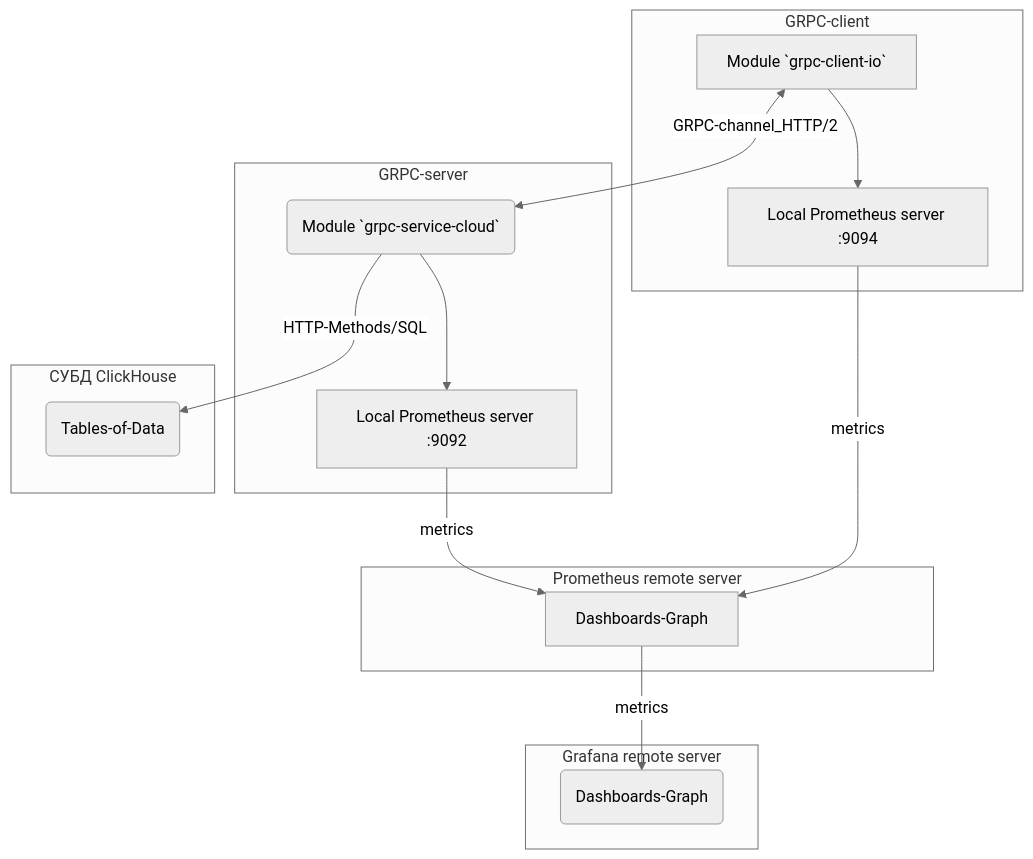
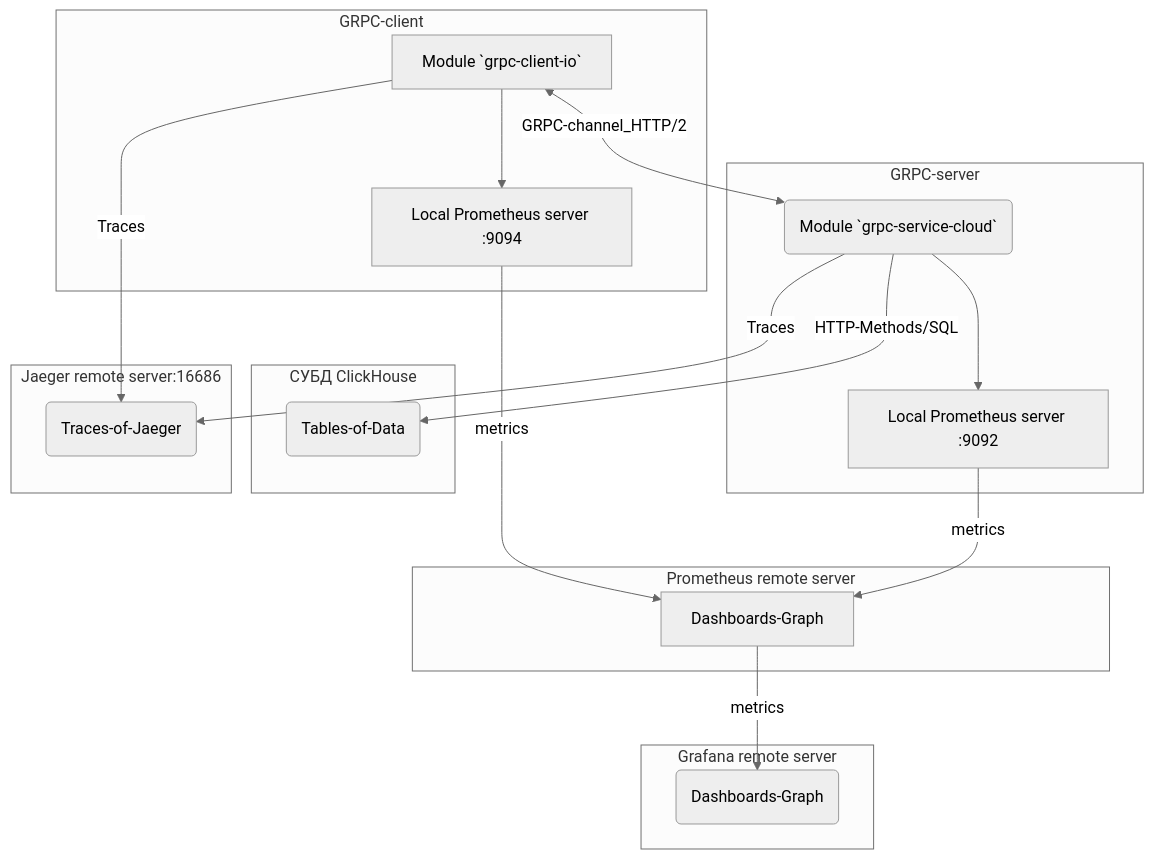
The diagram in README.md (blablatov/scada-bidirectional-grpc-cloud), drawn with Mermaid (neutral theme) before and after one commit. The commit also changed other lines of this file and 7 other files, not shown here.

Commit message:
bidistreaming-grpc clickhouse metrics-traces

````diff
--- a/README.md
+++ b/README.md
@@ -98,28 +126,34 @@
 ```mermaid
 graph TB
 
   SubGraph1Flow
   subgraph "GRPC-server"
   SubGraph1Flow(Module `grpc-service-cloud`) --> Local-Prometheus-server-9092
   end
  
   subgraph "Prometheus remote server"
   SubGraph2Flow(Dashboards-Graph)
   end
 
   subgraph "Grafana remote server"
   SubGraph3Flow(Dashboards-Graph)
   end
 
   subgraph "СУБД ClickHouse"
   SubGraph4Flow(Tables-of-Data)
   end
 
+  subgraph "Jaeger remote server:16686"
+  SubGraph5Flow(Traces-of-Jaeger)
+  end
+
   subgraph "GRPC-client"
   Node1[Module `grpc-client-io`] -- GRPC-channel_HTTP/2 <--> SubGraph1Flow
   Node1[Module `grpc-client-io`] --> Local-Prometheus-server-9094[Local Prometheus server :9094] -- metrics --> SubGraph2Flow
+  Node1[Module `grpc-client-io`] -- Traces --> SubGraph5Flow
   Local-Prometheus-server-9092[Local Prometheus server :9092] -- metrics --> SubGraph2Flow
   SubGraph2Flow[Dashboards-Graph] -- metrics --> SubGraph3Flow
   SubGraph1Flow(Module `grpc-service-cloud`) -- HTTP-Methods/SQL --> SubGraph4Flow
+  SubGraph1Flow(Module `grpc-service-cloud`) -- Traces --> SubGraph5Flow
 end
 ```    
````
